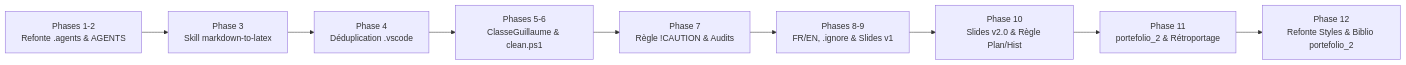
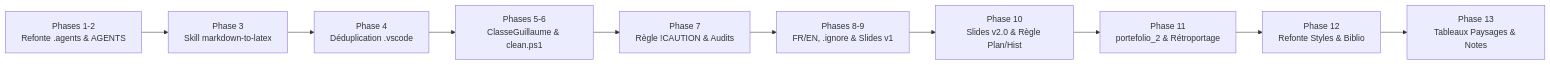
Before and after one commit to GuillaumeWnt/latex: the diagram in docs/historique.md, drawn with Mermaid. The commit also changed other lines of this file and 7 other files, not shown here.

First line of the commit message:
style(portefolio_2): harmonize landscape tables, double rules, and cp/inh notes

````diff
--- a/docs/historique.md
+++ b/docs/historique.md
@@ -5,11 +5,12 @@
 ```mermaid
 flowchart LR
   P1["Phases 1-2<br/>Refonte .agents & AGENTS"] --> P3["Phase 3<br/>Skill markdown-to-latex"]
   P3 --> P4["Phase 4<br/>Déduplication .vscode"]
   P4 --> P56["Phases 5-6<br/>ClasseGuillaume & clean.ps1"]
   P56 --> P7["Phase 7<br/>Règle !CAUTION & Audits"]
   P7 --> P89["Phases 8-9<br/>FR/EN, .ignore & Slides v1"]
   P89 --> P10["Phase 10<br/>Slides v2.0 & Règle Plan/Hist"]
   P10 --> P11["Phase 11<br/>portefolio_2 & Rétroportage"]
-  P11 --> P12["Phase 12<br/>Refonte Styles & Biblio portefolio_2"]
+  P11 --> P12["Phase 12<br/>Refonte Styles & Biblio"]
+  P12 --> P13["Phase 13<br/>Tableaux Paysages & Notes"]
 ```
````
